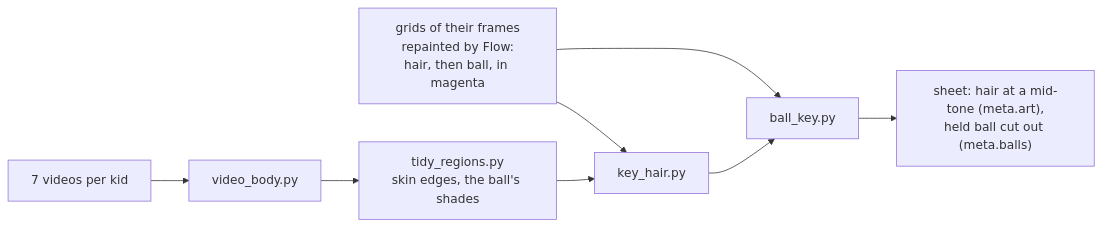
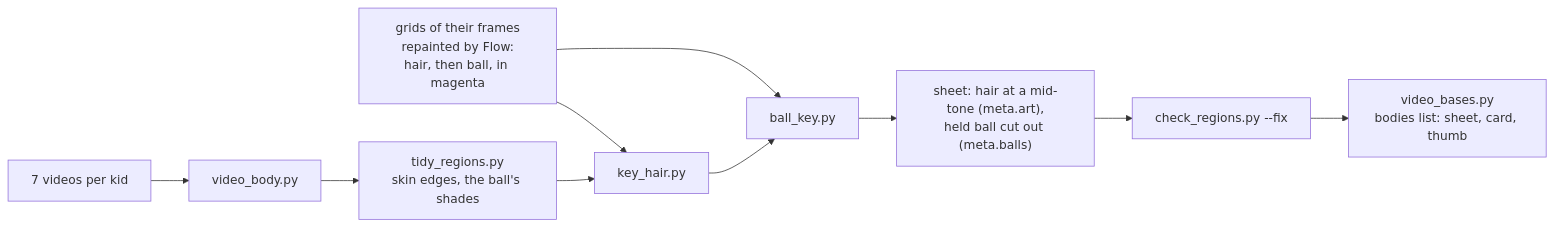
Before and after one commit to orsonbrooker/orsonbrooker.github.io: the tenth of 10 diagrams in docs/architecture.md, drawn with Mermaid. The commit also changed other lines of this file and 13 other files, not shown here.

````diff
--- a/docs/architecture.md
+++ b/docs/architecture.md
@@ -519,6 +519,7 @@
 ```mermaid
 flowchart LR
   V["7 videos per kid"] --> B["video_body.py"] --> T["tidy_regions.py<br/>skin edges, the ball's shades"]
   G["grids of their frames<br/>repainted by Flow:<br/>hair, then ball, in magenta"] --> H["key_hair.py"] & K["ball_key.py"]
   T --> H --> K --> S["sheet: hair at a mid-tone (meta.art),<br/>held ball cut out (meta.balls)"]
+  S --> C["check_regions.py --fix"] --> VB["video_bases.py<br/>bodies list: sheet, card, thumb"]
 ```
````
